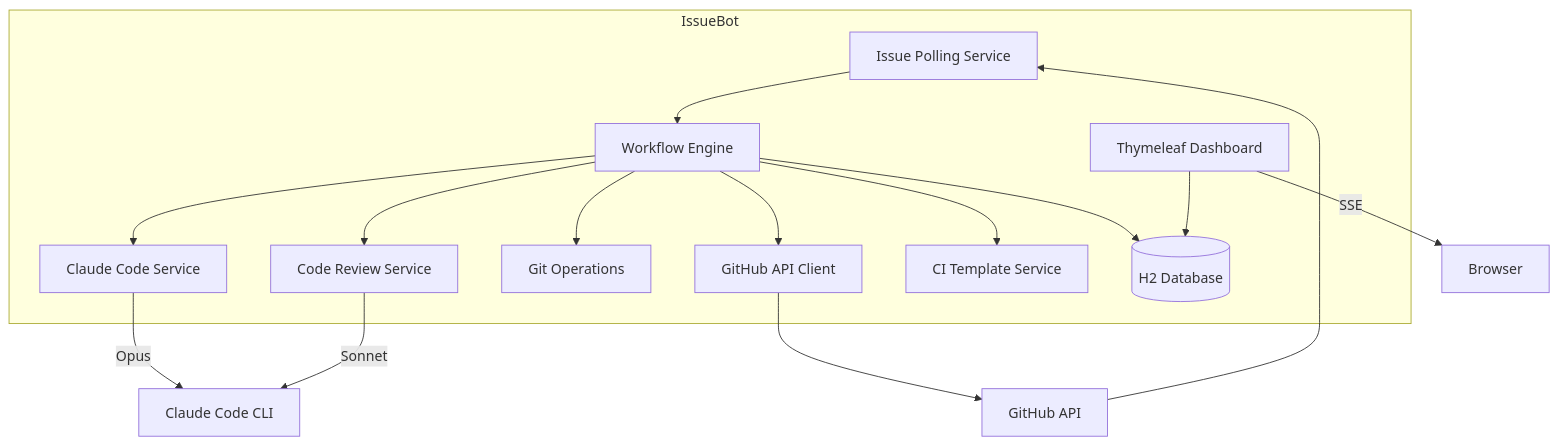
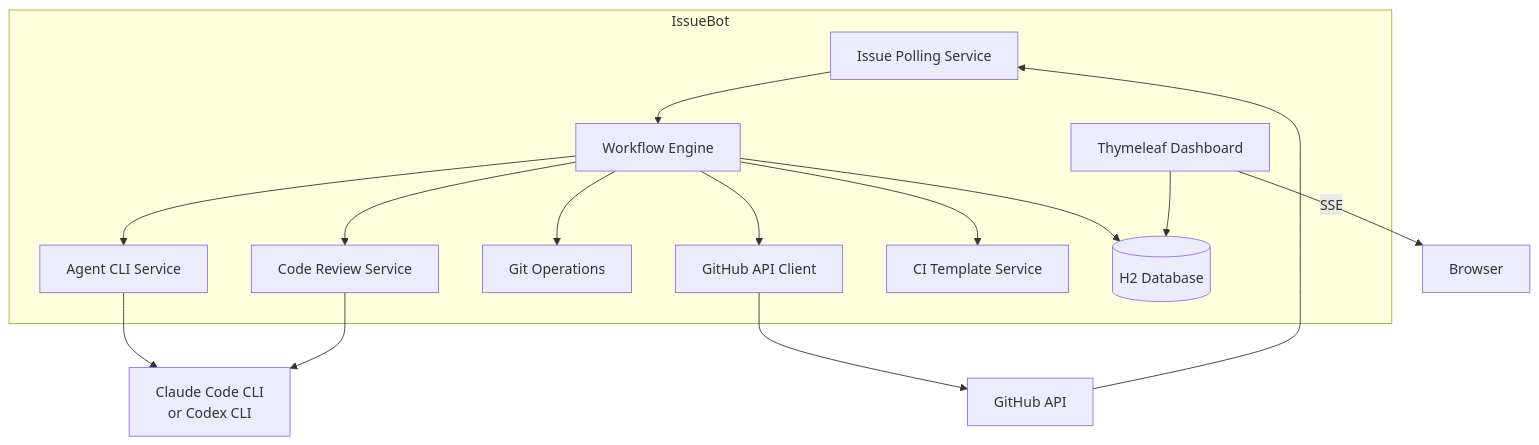
One commit to dbbaskette/IssueBot changed the second of 2 diagrams in README.md. Above: the diagram before and after it, drawn with Mermaid. The commit also changed other lines of this file, not shown here.

Commit message:
docs: document codex cli provider (#127)

````diff
--- a/README.md
+++ b/README.md
@@ -299,28 +311,28 @@
 ```mermaid
 flowchart TB
     subgraph IssueBot
         Polling[Issue Polling Service]
         Workflow[Workflow Engine]
-        Claude[Claude Code Service]
+        Agent[Agent CLI Service]
         Review[Code Review Service]
         GitOps[Git Operations]
         GitHub[GitHub API Client]
         CI[CI Template Service]
         DB[(H2 Database)]
         Dashboard[Thymeleaf Dashboard]
     end
 
     GH[GitHub API] --> Polling
     Polling --> Workflow
-    Workflow --> Claude
+    Workflow --> Agent
     Workflow --> Review
     Workflow --> GitOps
     Workflow --> GitHub
     Workflow --> CI
-    Claude -->|Opus| CLI[Claude Code CLI]
-    Review -->|Sonnet| CLI
+    Agent --> CLI[Claude Code CLI<br>or Codex CLI]
+    Review --> CLI
     GitHub --> GH
     Workflow --> DB
     Dashboard --> DB
     Dashboard -->|SSE| Browser[Browser]
 ```
````
